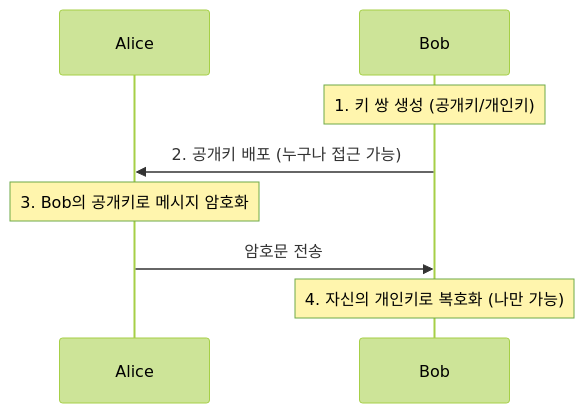
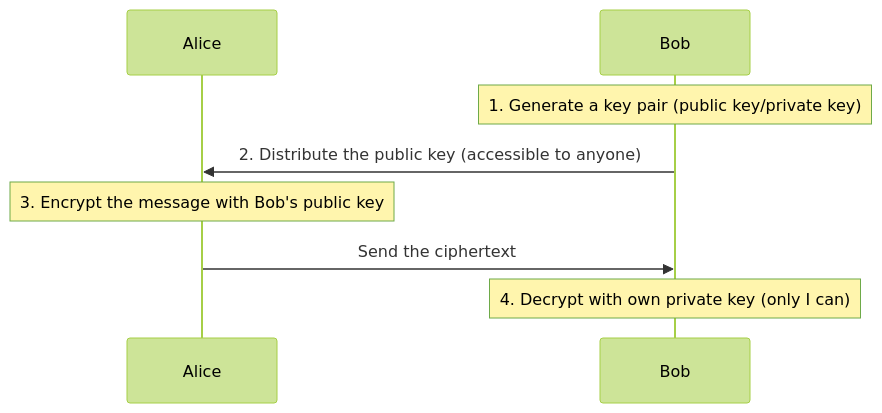
Before and after one commit to jeonck/k8s-adv: the third of 5 diagrams in content/security/01-foundation/13-crypto-basic-keys.md, drawn with Mermaid (forest theme). The commit also changed other lines of this file and 223 other files, not shown here.

````diff
--- a/content/security/01-foundation/13-crypto-basic-keys.md
+++ b/content/security/01-foundation/13-crypto-basic-keys.md
@@ -136,10 +136,10 @@
 ```mermaid
 sequenceDiagram
     participant A as Alice
     participant B as Bob
-    Note over B: 1. 키 쌍 생성 (공개키/개인키)
-    B->>A: 2. 공개키 배포 (누구나 접근 가능)
-    Note over A: 3. Bob의 공개키로 메시지 암호화
-    A->>B: 암호문 전송
-    Note over B: 4. 자신의 개인키로 복호화 (나만 가능)
+    Note over B: 1. Generate a key pair (public key/private key)
+    B->>A: 2. Distribute the public key (accessible to anyone)
+    Note over A: 3. Encrypt the message with Bob's public key
+    A->>B: Send the ciphertext
+    Note over B: 4. Decrypt with own private key (only I can)
 ```
````
